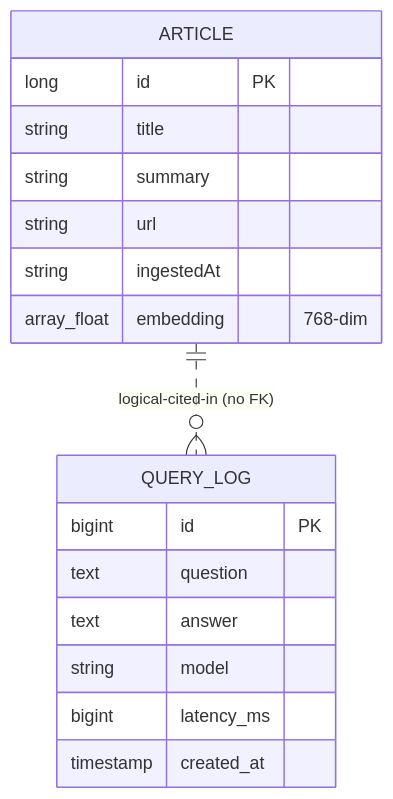
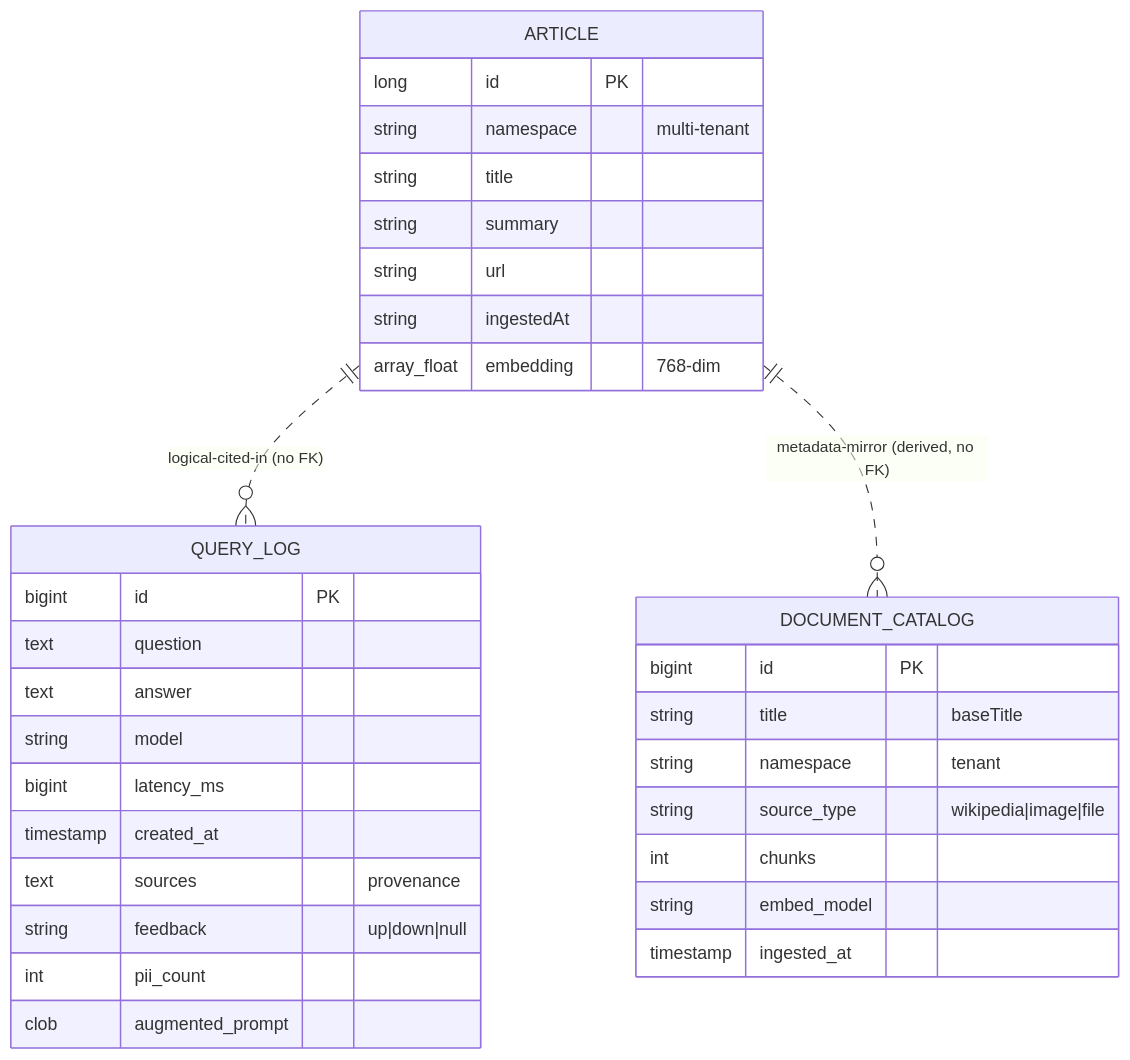
Before and after one commit to dea980/miniwatson_Veichle: the diagram in docs/ERD.md, drawn with Mermaid. The commit also changed other lines of this file and 35 other files, not shown here.

````diff
--- a/docs/ERD.md
+++ b/docs/ERD.md
@@ -211,20 +254,35 @@
 ```mermaid
 erDiagram
     ARTICLE {
         long id PK
+        string namespace "multi-tenant"
         string title
         string summary
         string url
         string ingestedAt
         array_float embedding "768-dim"
     }
     QUERY_LOG {
         bigint id PK
         text question
         text answer
         string model
         bigint latency_ms
         timestamp created_at
+        text sources "provenance"
+        string feedback "up|down|null"
+        int pii_count
+        clob augmented_prompt
+    }
+    DOCUMENT_CATALOG {
+        bigint id PK
+        string title "baseTitle"
+        string namespace "tenant"
+        string source_type "wikipedia|image|file"
+        int chunks
+        string embed_model
+        timestamp ingested_at
     }
     ARTICLE ||..o{ QUERY_LOG : "logical-cited-in (no FK)"
+    ARTICLE ||..o{ DOCUMENT_CATALOG : "metadata-mirror (derived, no FK)"
 ```
````
